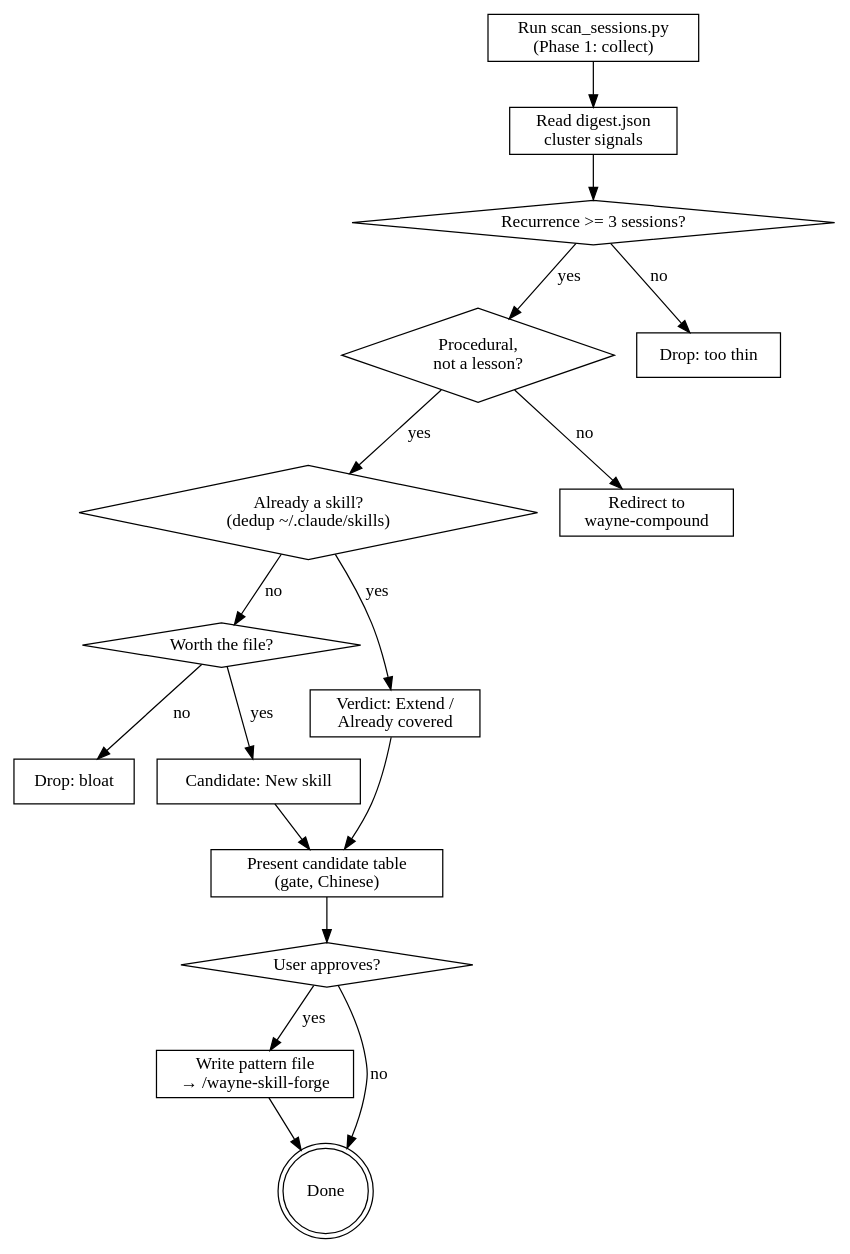
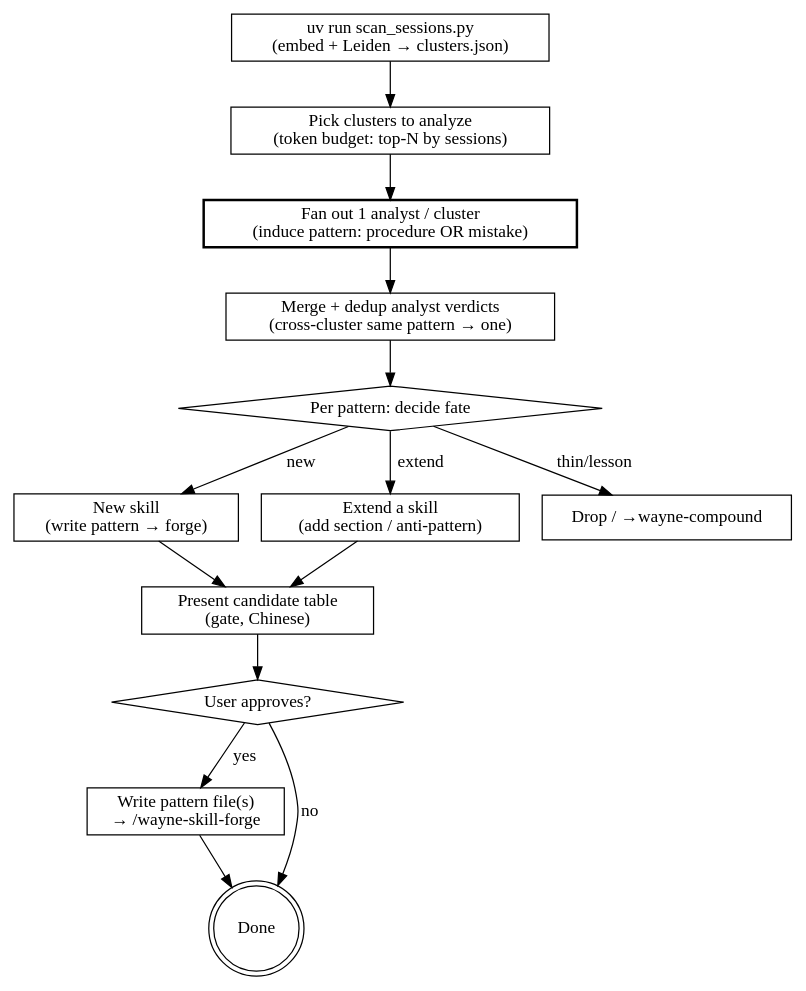
The diagram in wayne-distill/SKILL.md (waynejing995/wayne-taste), drawn with Graphviz before and after one commit. The commit also changed other lines of this file and 19 other files, not shown here.

First line of the commit message:
feat:/wayne-skills - evolve skill control plane

````diff
--- a/wayne-distill/SKILL.md
+++ b/wayne-distill/SKILL.md
@@ -59,38 +68,32 @@
 ```dot
 digraph distill {
     rankdir=TB;
 
-    "Run scan_sessions.py\n(Phase 1: collect)" [shape=box];
-    "Read digest.json\ncluster signals" [shape=box];
-    "Recurrence >= 3 sessions?" [shape=diamond];
-    "Procedural,\nnot a lesson?" [shape=diamond];
-    "Already a skill?\n(dedup ~/.claude/skills)" [shape=diamond];
-    "Worth the file?" [shape=diamond];
-    "Drop: too thin" [shape=box];
-    "Redirect to\nwayne-compound" [shape=box];
-    "Verdict: Extend /\nAlready covered" [shape=box];
-    "Drop: bloat" [shape=box];
-    "Candidate: New skill" [shape=box];
+    "uv run scan_sessions.py\n(embed + Leiden → clusters.json)" [shape=box];
+    "Pick clusters to analyze\n(token budget: top-N by sessions)" [shape=box];
+    "Fan out 1 analyst / cluster\n(induce pattern: procedure OR mistake)" [shape=box, style=bold];
+    "Merge + dedup analyst verdicts\n(cross-cluster same pattern → one)" [shape=box];
+    "Per pattern: decide fate" [shape=diamond];
+    "New skill\n(write pattern → forge)" [shape=box];
+    "Extend a skill\n(add section / anti-pattern)" [shape=box];
+    "Drop / →wayne-compound" [shape=box];
     "Present candidate table\n(gate, Chinese)" [shape=box];
     "User approves?" [shape=diamond];
-    "Write pattern file\n→ /wayne-skill-forge" [shape=box];
+    "Write pattern file(s)\n→ /wayne-skill-forge" [shape=box];
     "Done" [shape=doublecircle];
 
-    "Run scan_sessions.py\n(Phase 1: collect)" -> "Read digest.json\ncluster signals";
-    "Read digest.json\ncluster signals" -> "Recurrence >= 3 sessions?";
-    "Recurrence >= 3 sessions?" -> "Drop: too thin" [label="no"];
-    "Recurrence >= 3 sessions?" -> "Procedural,\nnot a lesson?" [label="yes"];
-    "Procedural,\nnot a lesson?" -> "Redirect to\nwayne-compound" [label="no"];
-    "Procedural,\nnot a lesson?" -> "Already a skill?\n(dedup ~/.claude/skills)" [label="yes"];
-    "Already a skill?\n(dedup ~/.claude/skills)" -> "Verdict: Extend /\nAlready covered" [label="yes"];
-    "Already a skill?\n(dedup ~/.claude/skills)" -> "Worth the file?" [label="no"];
-    "Worth the file?" -> "Drop: bloat" [label="no"];
-    "Worth the file?" -> "Candidate: New skill" [label="yes"];
-    "Candidate: New skill" -> "Present candidate table\n(gate, Chinese)";
-    "Verdict: Extend /\nAlready covered" -> "Present candidate table\n(gate, Chinese)";
+    "uv run scan_sessions.py\n(embed + Leiden → clusters.json)" -> "Pick clusters to analyze\n(token budget: top-N by sessions)";
+    "Pick clusters to analyze\n(token budget: top-N by sessions)" -> "Fan out 1 analyst / cluster\n(induce pattern: procedure OR mistake)";
+    "Fan out 1 analyst / cluster\n(induce pattern: procedure OR mistake)" -> "Merge + dedup analyst verdicts\n(cross-cluster same pattern → one)";
+    "Merge + dedup analyst verdicts\n(cross-cluster same pattern → one)" -> "Per pattern: decide fate";
+    "Per pattern: decide fate" -> "New skill\n(write pattern → forge)" [label="new"];
+    "Per pattern: decide fate" -> "Extend a skill\n(add section / anti-pattern)" [label="extend"];
+    "Per pattern: decide fate" -> "Drop / →wayne-compound" [label="thin/lesson"];
+    "New skill\n(write pattern → forge)" -> "Present candidate table\n(gate, Chinese)";
+    "Extend a skill\n(add section / anti-pattern)" -> "Present candidate table\n(gate, Chinese)";
     "Present candidate table\n(gate, Chinese)" -> "User approves?";
-    "User approves?" -> "Write pattern file\n→ /wayne-skill-forge" [label="yes"];
+    "User approves?" -> "Write pattern file(s)\n→ /wayne-skill-forge" [label="yes"];
     "User approves?" -> "Done" [label="no"];
-    "Write pattern file\n→ /wayne-skill-forge" -> "Done";
+    "Write pattern file(s)\n→ /wayne-skill-forge" -> "Done";
 }
 ```
````
